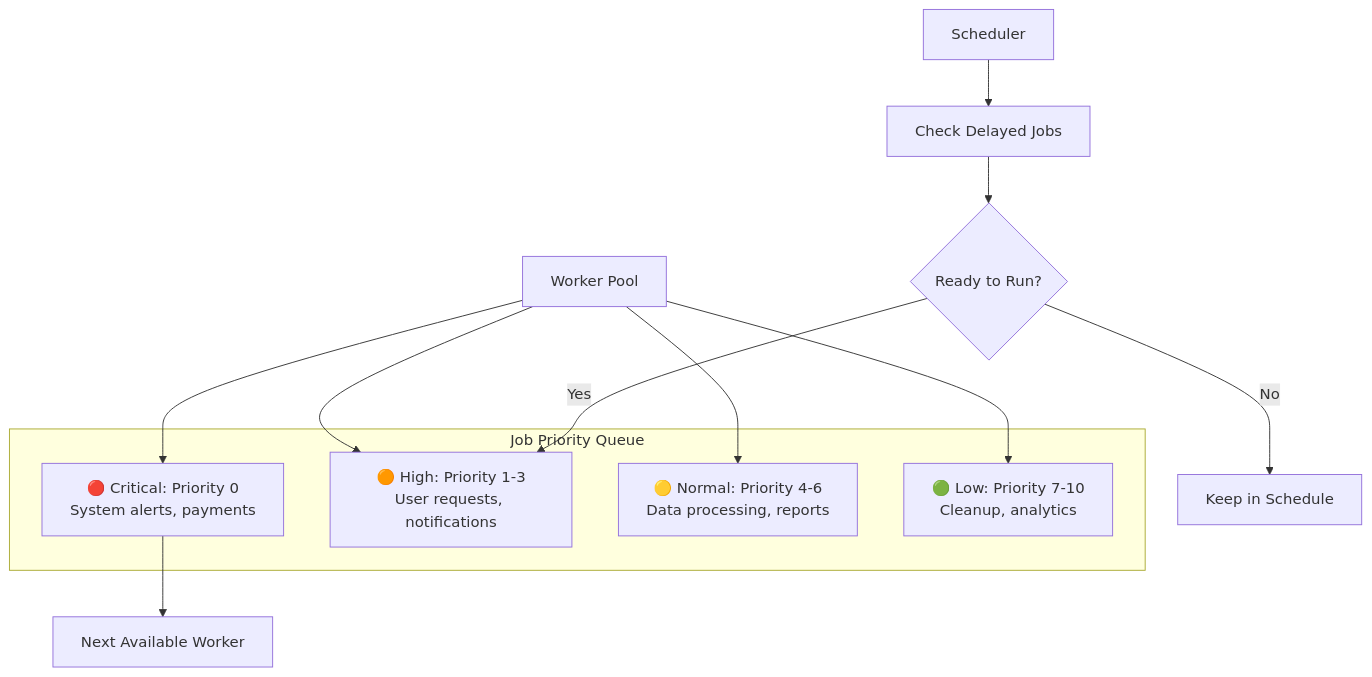
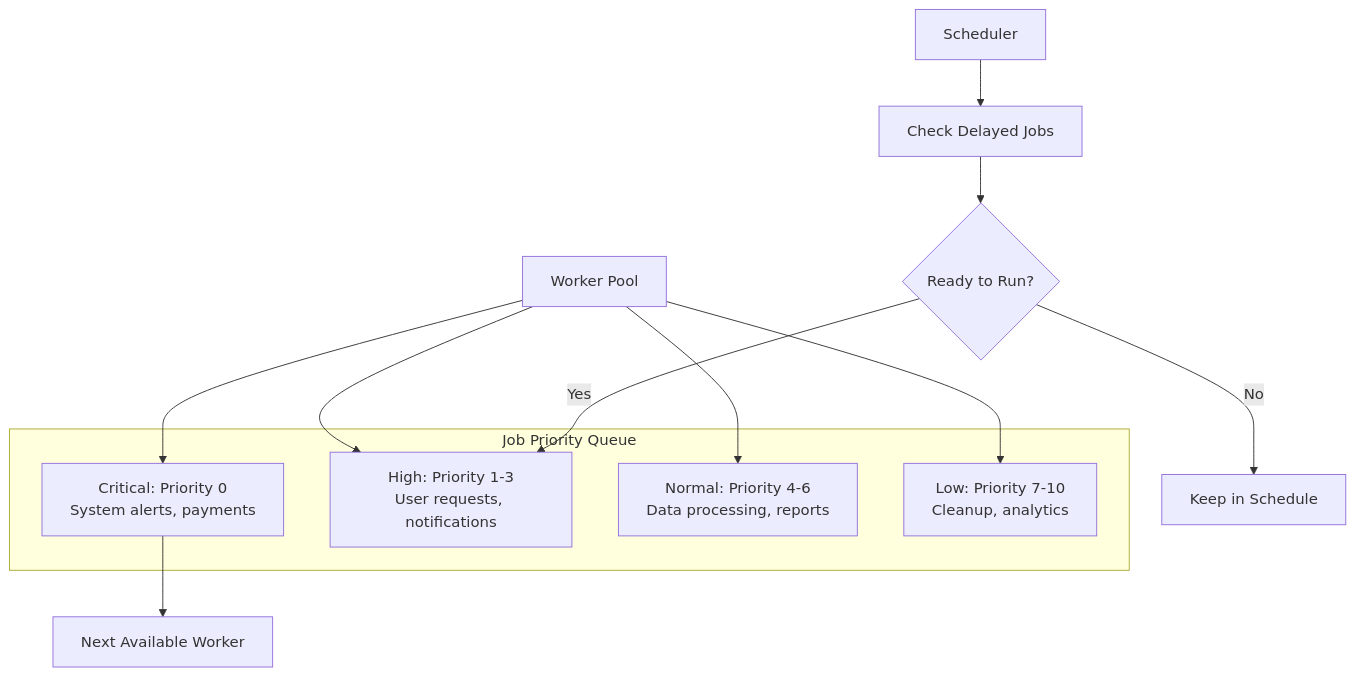
The third of 14 diagrams in day-2/problem-1-job-queue/README.md (mythxn/dojo.py), drawn with Mermaid before and after one commit. The commit also changed other lines of this file and 6 other files, not shown here.

First line of the commit message:
Fix all Mermaid syntax errors across README files

````diff
--- a/day-2/problem-1-job-queue/README.md
+++ b/day-2/problem-1-job-queue/README.md
@@ -58,20 +62,20 @@
 ```mermaid
 graph TB
     subgraph "Job Priority Queue"
-    A[🔴 Critical: Priority 0<br/>System alerts, payments]
-    B[🟠 High: Priority 1-3<br/>User requests, notifications]
-    C[🟡 Normal: Priority 4-6<br/>Data processing, reports]
-    D[🟢 Low: Priority 7-10<br/>Cleanup, analytics]
+    A[Critical: Priority 0<br/>System alerts, payments]
+    B[High: Priority 1-3<br/>User requests, notifications]
+    C[Normal: Priority 4-6<br/>Data processing, reports]
+    D[Low: Priority 7-10<br/>Cleanup, analytics]
     end
     
     E[Worker Pool] --> A
     A --> F[Next Available Worker]
     E --> B
     E --> C
     E --> D
     
     G[Scheduler] --> H[Check Delayed Jobs]
     H --> I{Ready to Run?}
     I -->|Yes| B
     I -->|No| J[Keep in Schedule]
 ```
````
